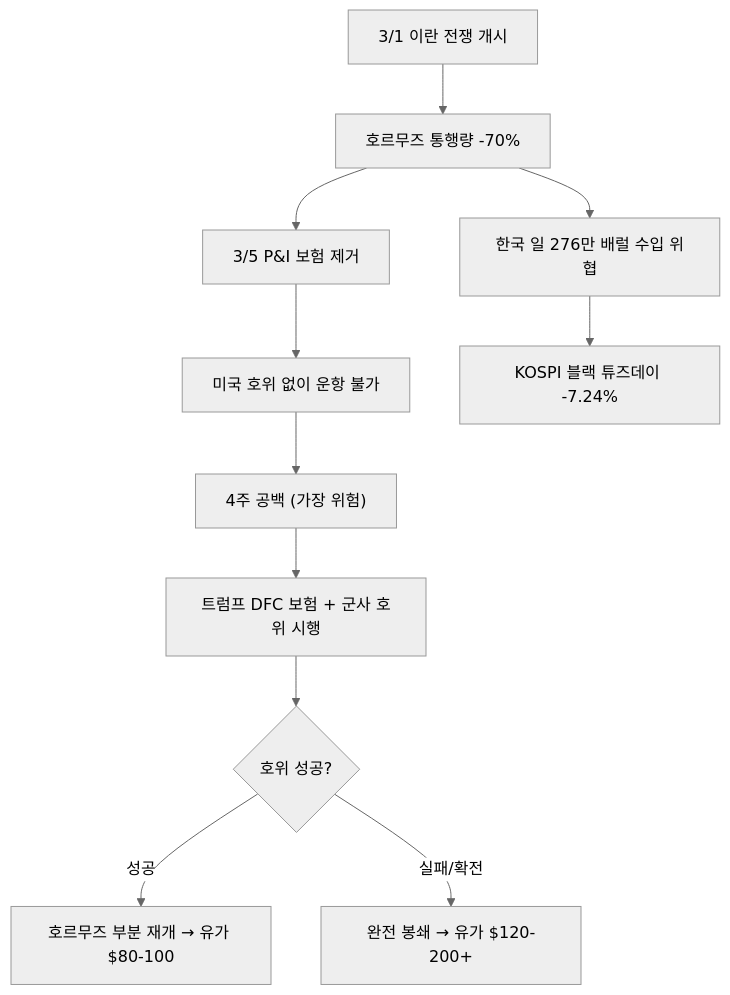
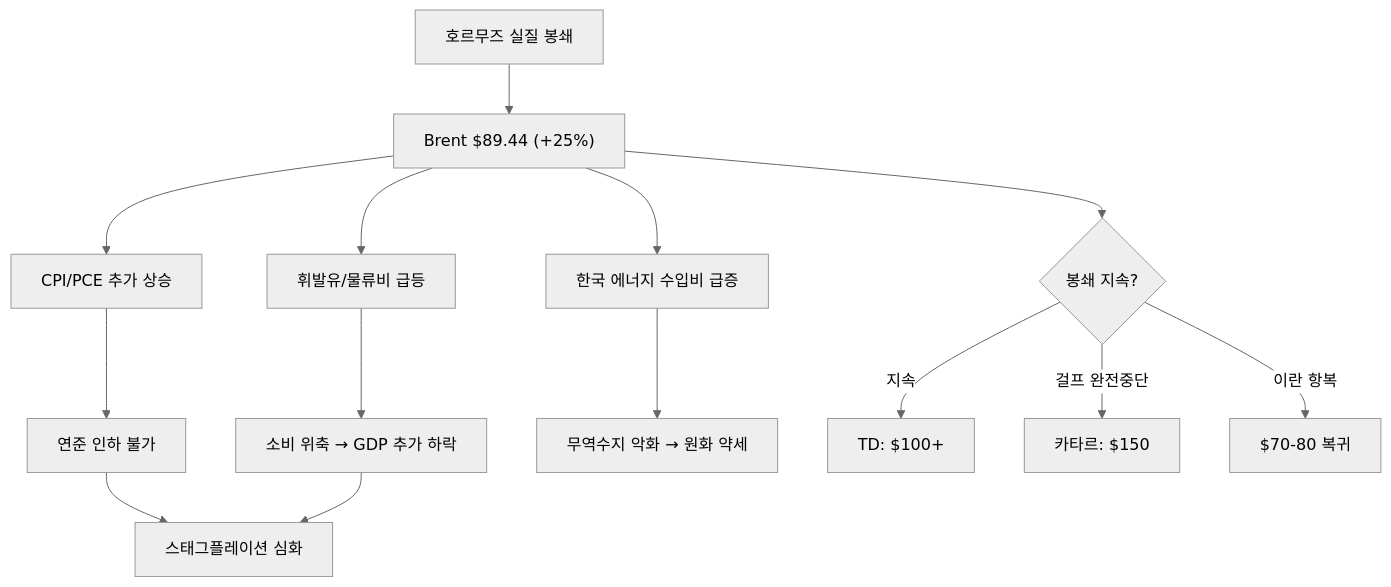
The second of 4 diagrams in _posts/knowledge/invest/2026-01-21-macroeconomic-policy-sector-outlook-2026.md (dss99911/dss99911.github.io), drawn with Mermaid (neutral theme) before and after one commit. The commit also changed other lines of this file and 15 other files, not shown here.

````diff
--- a/_posts/knowledge/invest/2026-01-21-macroeconomic-policy-sector-outlook-2026.md
+++ b/_posts/knowledge/invest/2026-01-21-macroeconomic-policy-sector-outlook-2026.md
@@ -189,13 +171,16 @@
 ```mermaid
 graph TD
-    A["3/1 이란 전쟁 개시"] --> B["호르무즈 통행량 -70%"]
-    B --> C["3/5 P&I 보험 제거"]
-    C --> D["미국 호위 없이 운항 불가"]
-    D --> E["4주 공백 (가장 위험)"]
-    E --> F["트럼프 DFC 보험 + 군사 호위 시행"]
-    F --> G{"호위 성공?"}
-    G -->|"성공"| H["호르무즈 부분 재개 → 유가 $80-100"]
-    G -->|"실패/확전"| I["완전 봉쇄 → 유가 $120-200+"]
-    B --> J["한국 일 276만 배럴 수입 위협"]
-    J --> K["KOSPI 블랙 튜즈데이 -7.24%"]
+    A["호르무즈 실질 봉쇄"] --> B["Brent $89.44 (+25%)"]
+    B --> C["CPI/PCE 추가 상승"]
+    C --> D["연준 인하 불가"]
+    B --> E["휘발유/물류비 급등"]
+    E --> F["소비 위축 → GDP 추가 하락"]
+    B --> G["한국 에너지 수입비 급증"]
+    G --> H["무역수지 악화 → 원화 약세"]
+    D --> I["스태그플레이션 심화"]
+    F --> I
+    B --> J{"봉쇄 지속?"}
+    J -->|"지속"| K["TD: $100+"]
+    J -->|"걸프 완전중단"| L["카타르: $150"]
+    J -->|"이란 항복"| M["$70-80 복귀"]
 ```
````
